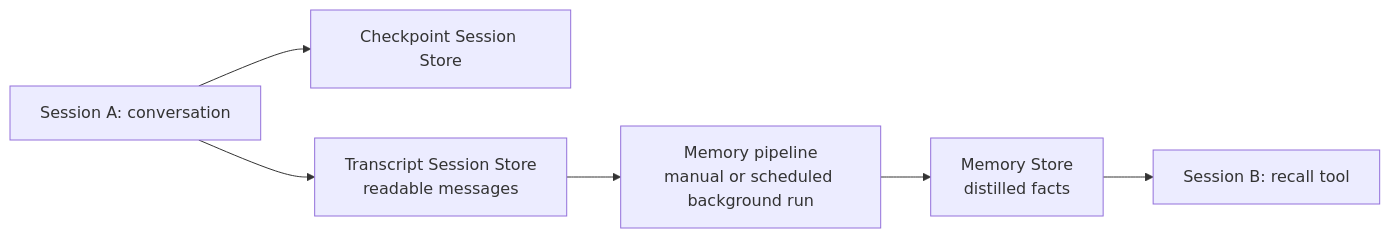
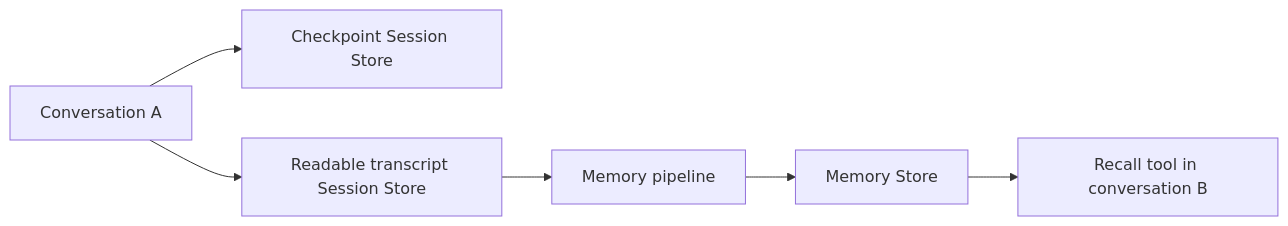
The diagram in pro-code/02-agent-memory/README.md (RamVegiraju/agents-databricks), drawn with Mermaid before and after one commit. The commit also changed other lines of this file and 12 other files, not shown here.

````diff
--- a/pro-code/02-agent-memory/README.md
+++ b/pro-code/02-agent-memory/README.md
@@ -166,8 +86,8 @@
 ```mermaid
 flowchart LR
-    A[Session A: conversation] --> C[Checkpoint Session Store]
-    A --> S[Transcript Session Store\nreadable messages]
-    S --> P[Memory pipeline\nmanual or scheduled background run]
-    P --> M[Memory Store\ndistilled facts]
-    M --> B[Session B: recall tool]
+    A[Conversation A] --> C[Checkpoint Session Store]
+    A --> T[Readable transcript Session Store]
+    T --> P[Memory pipeline]
+    P --> M[Memory Store]
+    M --> R[Recall tool in conversation B]
 ```
````
